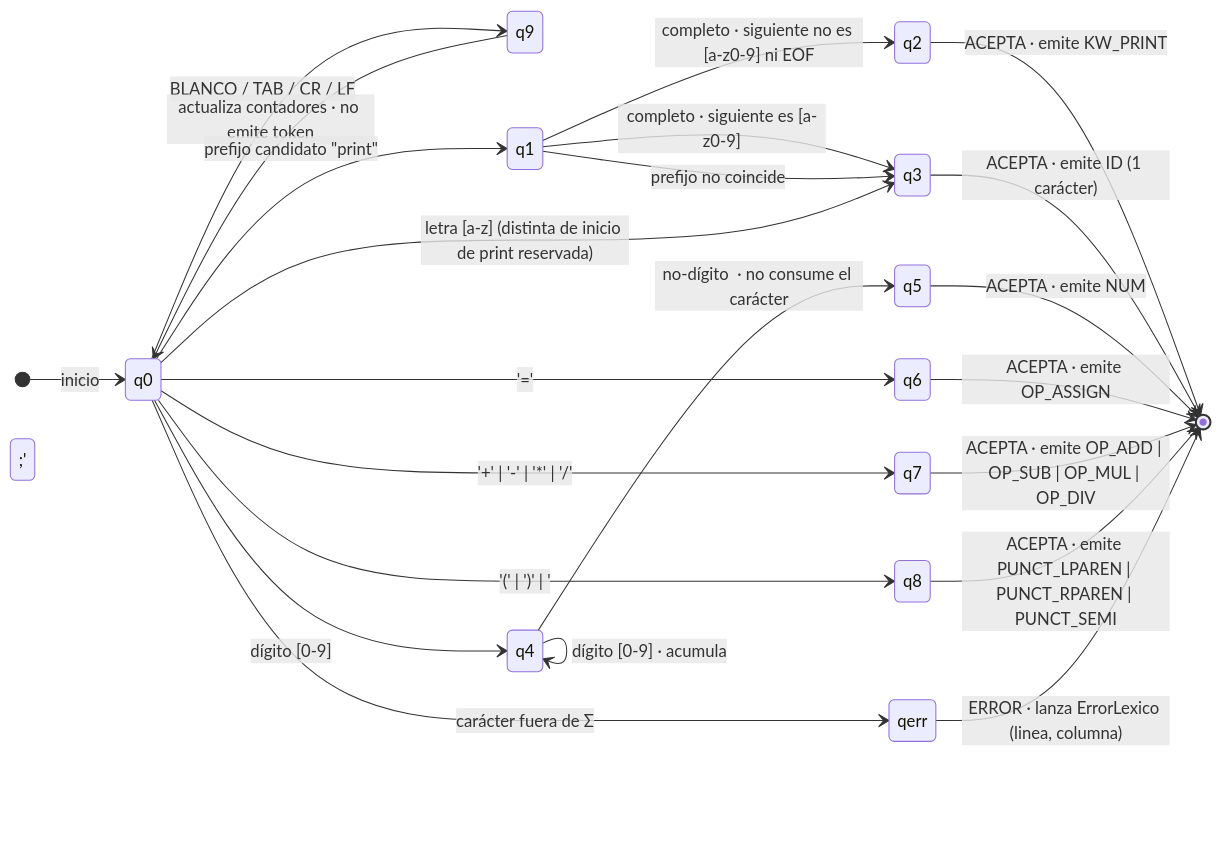
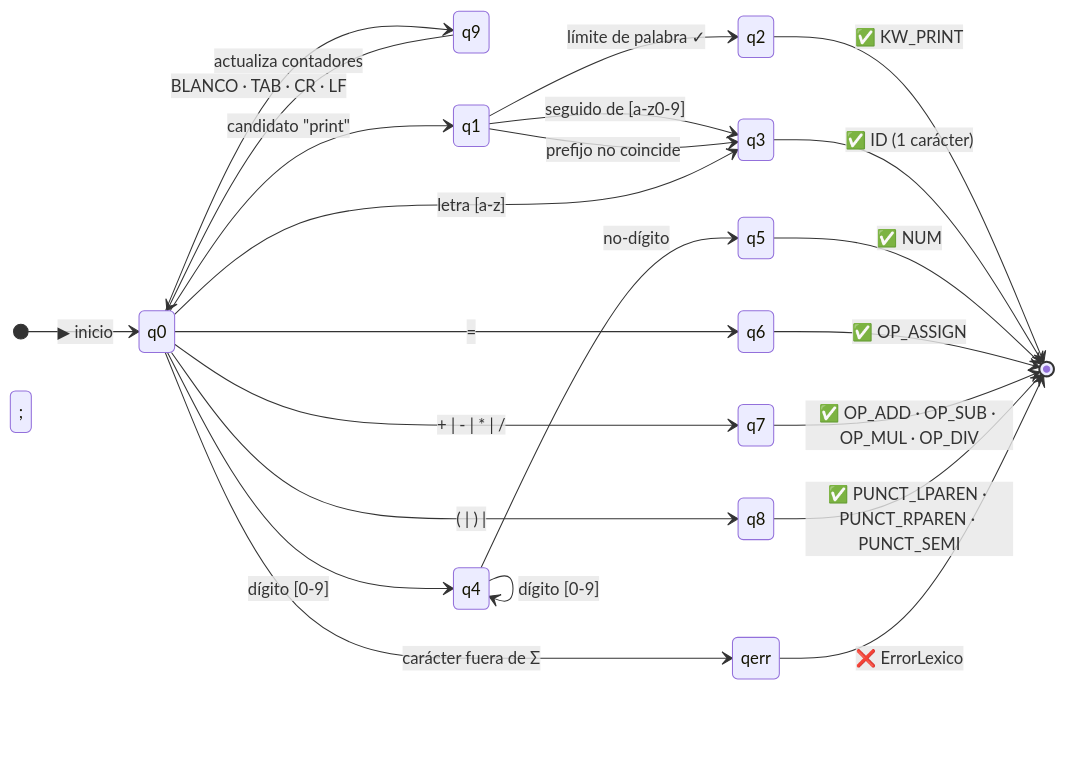
The diagram in Documentación/AFD_tokens.md (cg482240-design/Mini-calc), drawn with Mermaid before and after one commit. The commit also changed other lines of this file and 4 other files, not shown here.

````diff
--- a/Documentación/AFD_tokens.md
+++ b/Documentación/AFD_tokens.md
@@ -195,44 +217,44 @@
 ```mermaid
 stateDiagram-v2
     direction LR
 
-    [*] --> q0 : inicio
+    [*] --> q0 : ▶ inicio
 
-    %% ── Blancos y saltos de línea ──────────────────────────────
-    q0 --> q9  : BLANCO / TAB / CR / LF
-    q9 --> q0  : actualiza contadores · no emite token
+    %% ── Blancos ─────────────────────────────────────────────────
+    q0 --> q9  : BLANCO · TAB · CR · LF
+    q9 --> q0  : actualiza contadores
 
     %% ── Palabra reservada print ─────────────────────────────────
-    q0 --> q1  : prefijo candidato "print"
-    q1 --> q2  : completo · siguiente no es [a-z0-9] ni EOF
-    q1 --> q3  : completo · siguiente es [a-z0-9]
+    q0 --> q1  : candidato "print"
+    q1 --> q2  : límite de palabra ✓
+    q1 --> q3  : seguido de [a-z0-9]
     q1 --> q3  : prefijo no coincide
 
-    q2 --> [*] : ACEPTA · emite KW_PRINT
+    q2 --> [*] : ✅ KW_PRINT
 
-    %% ── Identificador ────────────────────────────────────────────
-    q0 --> q3  : letra [a-z] (distinta de inicio de print reservada)
-    q3 --> [*] : ACEPTA · emite ID (1 carácter)
+    %% ── Identificador ───────────────────────────────────────────
+    q0 --> q3  : letra [a-z]
+    q3 --> [*] : ✅ ID  (1 carácter)
 
-    %% ── Número entero ────────────────────────────────────────────
+    %% ── Número entero ───────────────────────────────────────────
     q0 --> q4  : dígito [0-9]
-    q4 --> q4  : dígito [0-9]  · acumula
-    q4 --> q5  : no-dígito  · no consume el carácter
-    q5 --> [*] : ACEPTA · emite NUM
+    q4 --> q4  : dígito [0-9]
+    q4 --> q5  : no-dígito
+    q5 --> [*] : ✅ NUM
 
-    %% ── Operador de asignación ───────────────────────────────────
-    q0 --> q6  : '='
-    q6 --> [*] : ACEPTA · emite OP_ASSIGN
+    %% ── Asignación ──────────────────────────────────────────────
+    q0 --> q6  : =
+    q6 --> [*] : ✅ OP_ASSIGN
 
-    %% ── Operadores aritméticos ───────────────────────────────────
-    q0 --> q7  : '+' | '-' | '*' | '/'
-    q7 --> [*] : ACEPTA · emite OP_ADD | OP_SUB | OP_MUL | OP_DIV
+    %% ── Operadores aritméticos ──────────────────────────────────
+    q0 --> q7  : + | - | * | /
+    q7 --> [*] : ✅ OP_ADD · OP_SUB · OP_MUL · OP_DIV
 
-    %% ── Puntuación ───────────────────────────────────────────────
-    q0 --> q8  : '(' | ')' | ';'
-    q8 --> [*] : ACEPTA · emite PUNCT_LPAREN | PUNCT_RPAREN | PUNCT_SEMI
+    %% ── Puntuación ──────────────────────────────────────────────
+    q0 --> q8  : ( | ) | ;
+    q8 --> [*] : ✅ PUNCT_LPAREN · PUNCT_RPAREN · PUNCT_SEMI
 
-    %% ── Error léxico ─────────────────────────────────────────────
+    %% ── Error léxico ────────────────────────────────────────────
     q0 --> qerr : carácter fuera de Σ
-    qerr --> [*] : ERROR · lanza ErrorLexico (linea, columna)
+    qerr --> [*] : ❌ ErrorLexico
 ```
````
